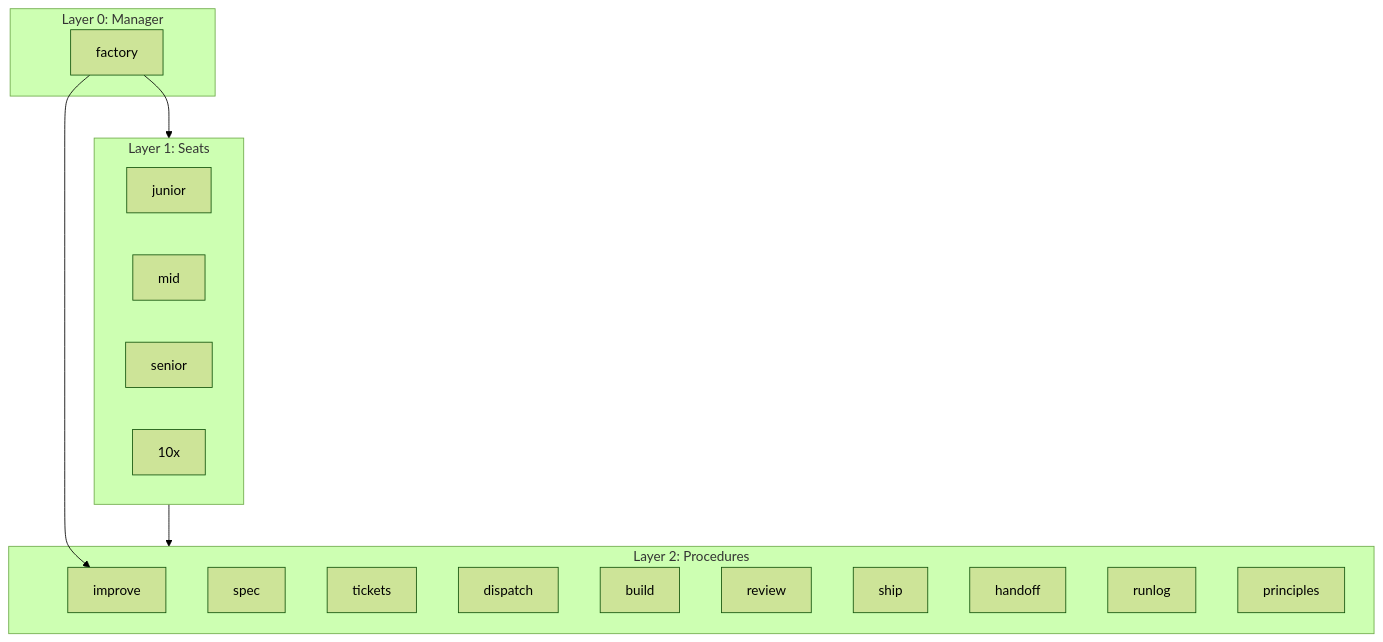
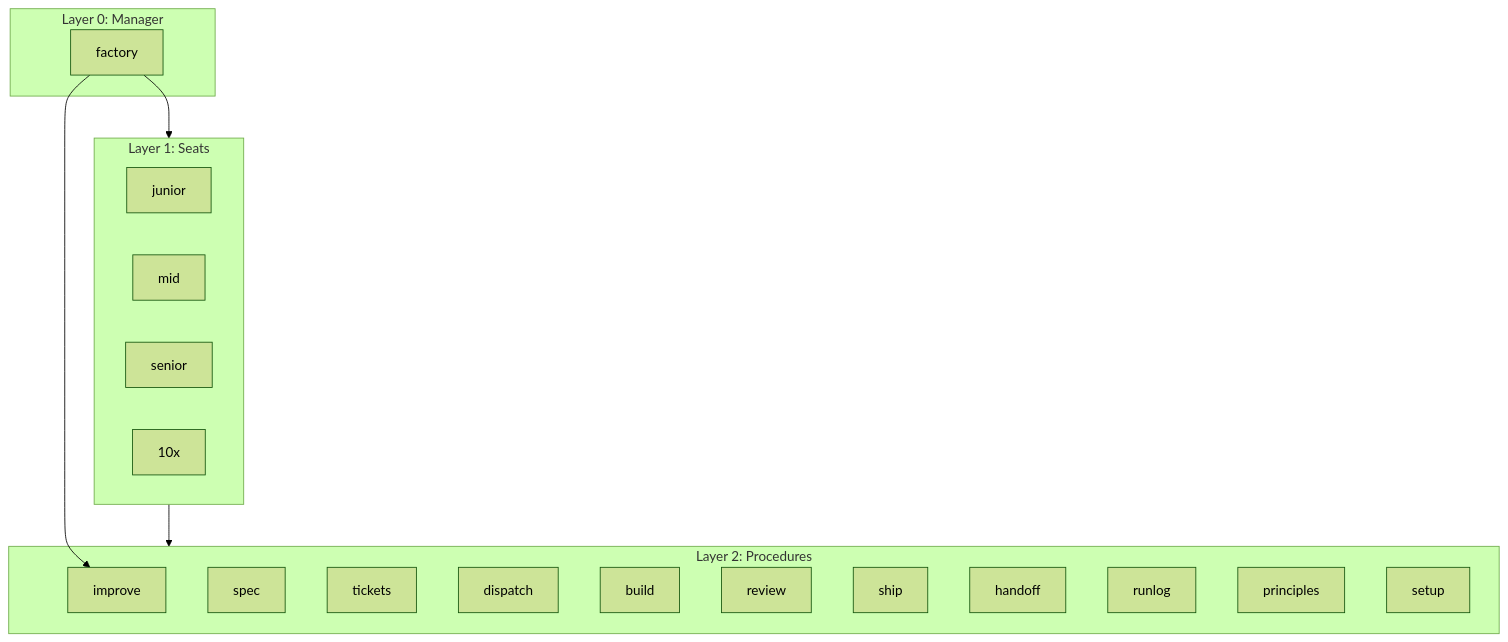
The first of 3 diagrams in docs/architecture.md (rishi23root/agent-skills), drawn with Mermaid (forest theme) before and after one commit. The commit also changed other lines of this file and 13 other files, not shown here.

````diff
--- a/docs/architecture.md
+++ b/docs/architecture.md
@@ -13,27 +13,28 @@
 ```mermaid
 flowchart TD
   subgraph L0["Layer 0: Manager"]
     F[factory]
   end
   subgraph L1["Layer 1: Seats"]
     J[junior]
     M[mid]
     S[senior]
     X[10x]
   end
   subgraph L2["Layer 2: Procedures"]
     I[improve]
     SP[spec]
     TK[tickets]
     D[dispatch]
     B[build]
     R[review]
     SH[ship]
     H[handoff]
     RL[runlog]
     PR[principles]
+    SU[setup]
   end
   F --> I
   F --> L1
   L1 --> L2
 ```
````
